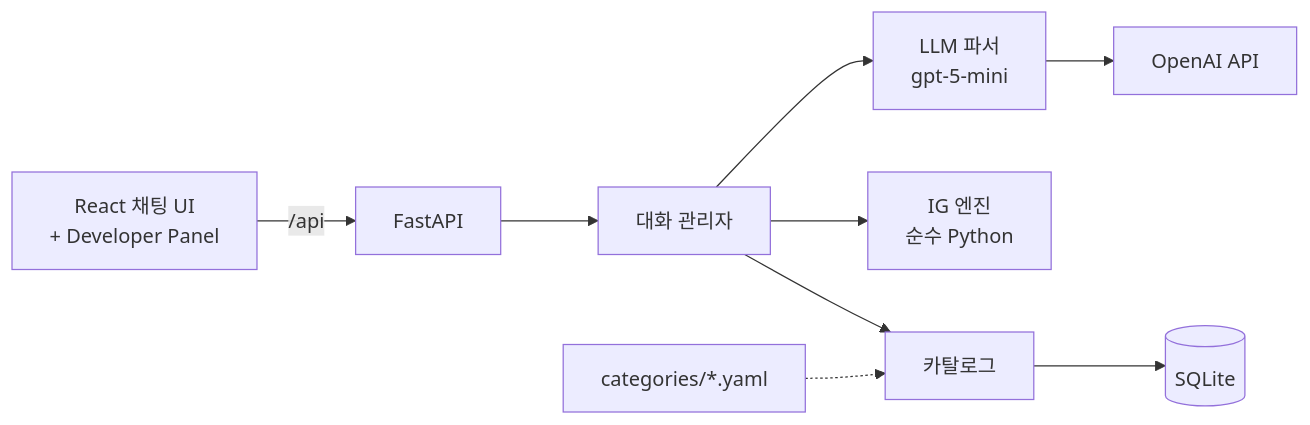
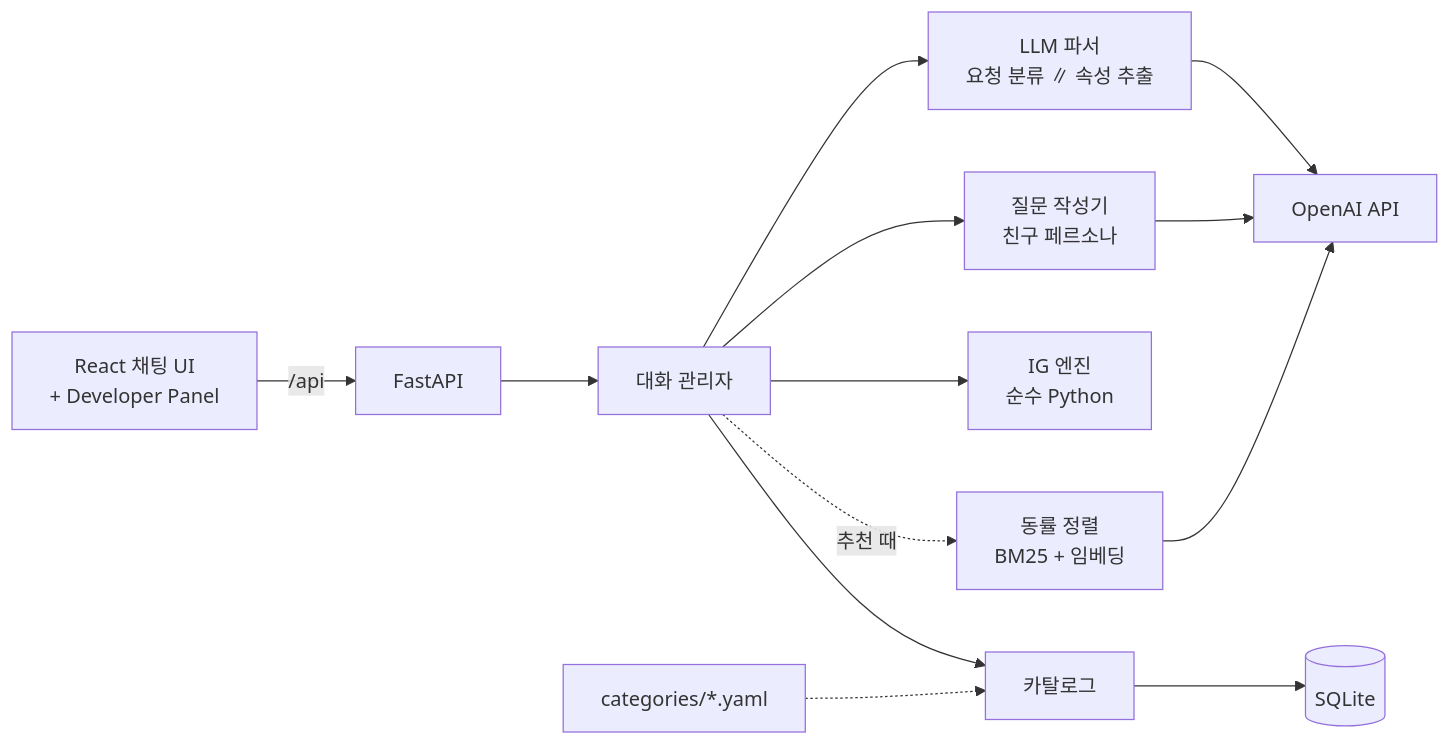
The diagram in README.md (qazcdesnu/llm-hw2-demo), drawn with Mermaid before and after one commit. The commit also changed other lines of this file and 11 other files, not shown here.

````diff
--- a/README.md
+++ b/README.md
@@ -229,10 +244,12 @@
 ```mermaid
 flowchart LR
     UI[React 채팅 UI<br/>+ Developer Panel] -- /api --> API[FastAPI]
     API --> CHAT[대화 관리자]
-    CHAT --> PARSER[LLM 파서<br/>gpt-5-mini] --> OPENAI[OpenAI API]
+    CHAT --> PARSER[LLM 파서<br/>요청 분류 ∥ 속성 추출] --> OPENAI[OpenAI API]
+    CHAT --> WRITER[질문 작성기<br/>친구 페르소나] --> OPENAI
     CHAT --> ENGINE[IG 엔진<br/>순수 Python]
+    CHAT -. 추천 때 .-> REL[동률 정렬<br/>BM25 + 임베딩] --> OPENAI
     CHAT --> CATALOG[카탈로그]
     CATALOG --> DB[(SQLite)]
     YAML[categories/*.yaml] -.-> CATALOG
 ```
````
